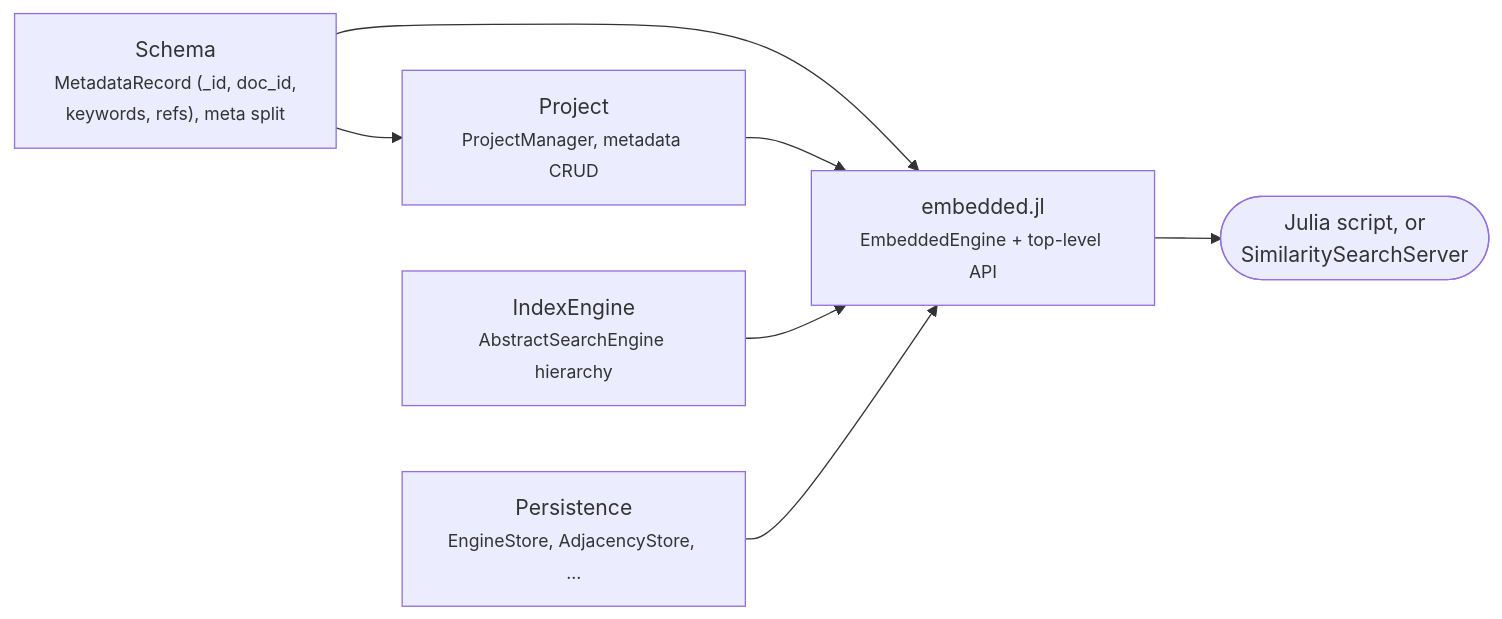
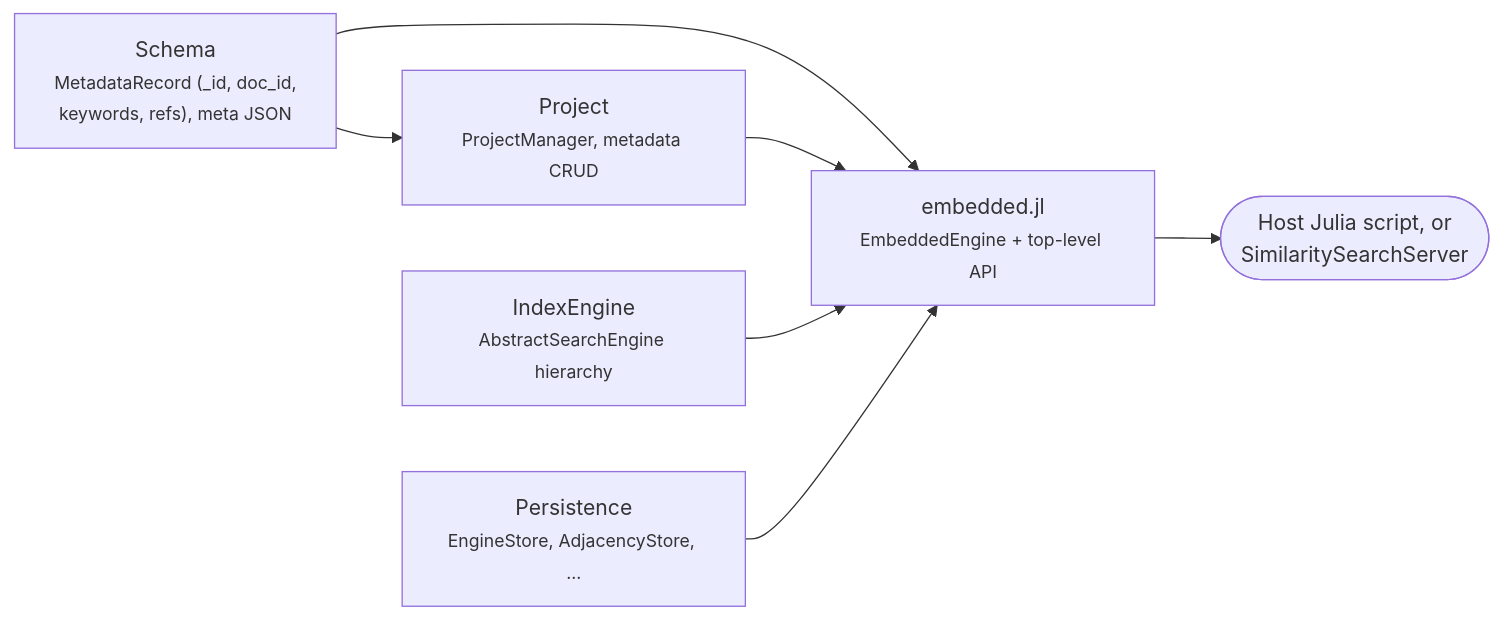
One commit to sadit/SimilaritySearchEngine.jl changed the first of 7 diagrams in manual/architecture.qmd. Above: the diagram before and after it, drawn with Mermaid. The commit also changed other lines of this file and 9 other files, not shown here.

````diff
--- a/manual/architecture.qmd
+++ b/manual/architecture.qmd
@@ -22,16 +21,16 @@
 ```{mermaid}
 flowchart LR
-    Schema["Schema<br/><small>MetadataRecord (_id, doc_id,<br/>keywords, refs), meta split</small>"]
+    Schema["Schema<br/><small>MetadataRecord (_id, doc_id,<br/>keywords, refs), meta JSON</small>"]
     Project["Project<br/><small>ProjectManager, metadata CRUD</small>"]
     IndexEngine["IndexEngine<br/><small>AbstractSearchEngine hierarchy</small>"]
     Persistence["Persistence<br/><small>EngineStore, AdjacencyStore, ...</small>"]
     Embedded["embedded.jl<br/><small>EmbeddedEngine + top-level API</small>"]
-    Caller(["Julia script, or<br/>SimilaritySearchServer"])
+    Caller(["Host Julia script, or<br/>SimilaritySearchServer"])
 
     Schema --> Project
     Schema --> Embedded
     Project --> Embedded
     IndexEngine --> Embedded
     Persistence --> Embedded
     Embedded --> Caller
 ```
````
